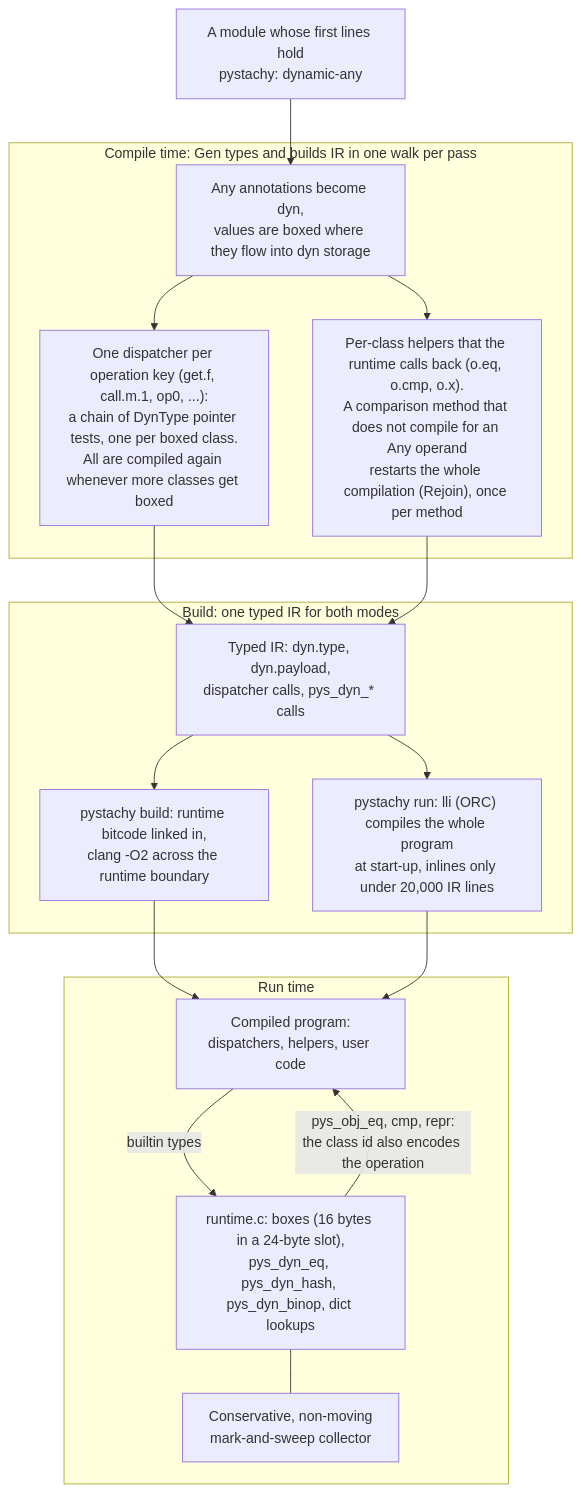
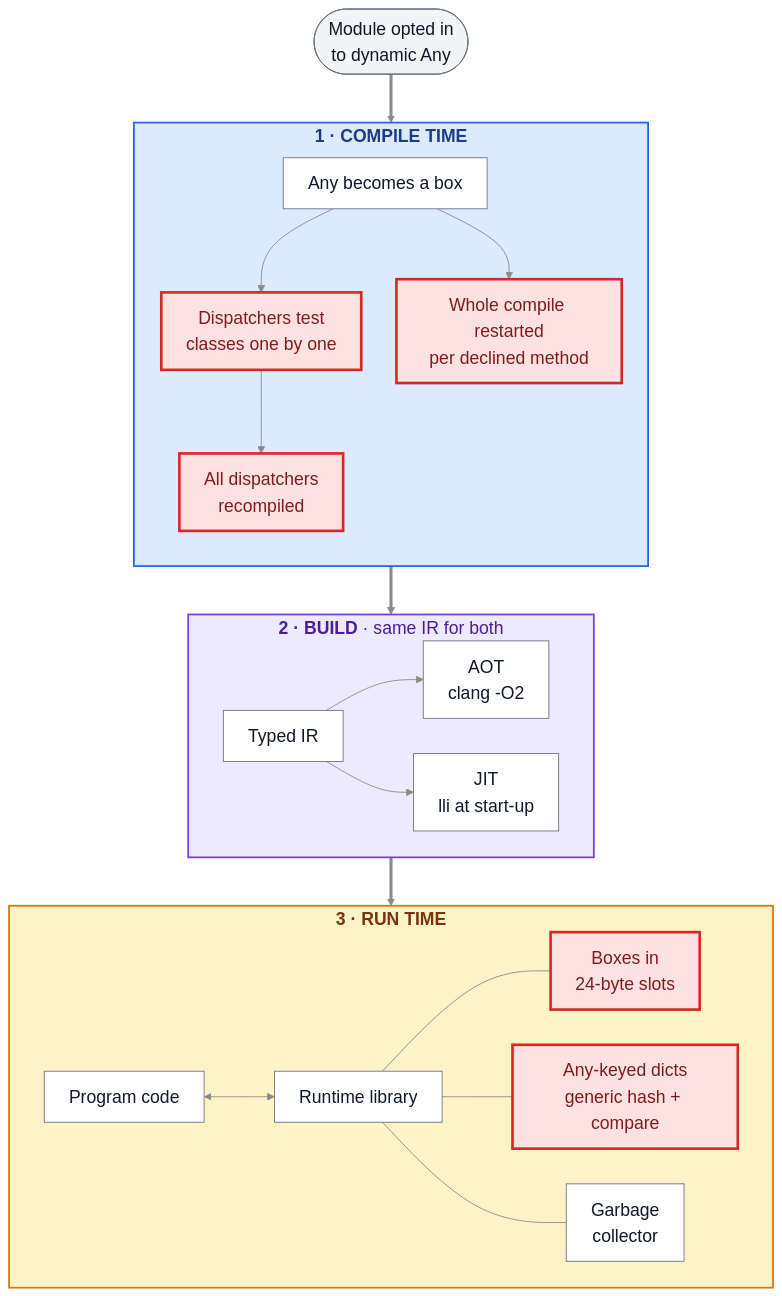
One commit to den-run-ai/pystachy changed the first of 4 diagrams in research/dynamic-any-roadmap/README.md. Above: the diagram before and after it, drawn with Mermaid. The commit also changed other lines of this file, not shown here.

First line of the commit message:
Dynamic Any roadmap: redraw the diagrams with short labels, colored regions and dispatch levels

````diff
--- a/research/dynamic-any-roadmap/README.md
+++ b/research/dynamic-any-roadmap/README.md
@@ -81,31 +88,51 @@
 ```mermaid
-flowchart TD
-    src["A module whose first lines hold<br/>pystachy: dynamic-any"]
-    subgraph ct["Compile time: Gen types and builds IR in one walk per pass"]
-        typing["Any annotations become dyn,<br/>values are boxed where they flow into dyn storage"]
-        disp["One dispatcher per operation key (get.f, call.m.1, op0, ...):<br/>a chain of DynType pointer tests, one per boxed class.<br/>All are compiled again whenever more classes get boxed"]
-        helpers["Per-class helpers that the runtime calls back (o.eq, o.cmp, o.x).<br/>A comparison method that does not compile for an Any operand<br/>restarts the whole compilation (Rejoin), once per method"]
-        typing --> disp
-        typing --> helpers
+%%{init: {"theme": "base", "themeVariables": {"fontSize": "20px", "lineColor": "#8a8a8a", "edgeLabelBackground": "#ffffff", "textColor": "#1f2937"}, "flowchart": {"nodeSpacing": 40, "rankSpacing": 55, "padding": 14}}}%%
+flowchart TB
+    src(["Module opted in<br/>to dynamic Any"])
+
+    subgraph L1["<b>1 · COMPILE TIME</b>"]
+        direction TB
+        t1["Any becomes a box"]
+        t2["Dispatchers test<br/>classes one by one"]
+        t3["All dispatchers<br/>recompiled"]
+        t4["Whole compile restarted<br/>per declined method"]
+        t1 --> t2 --> t3
+        t1 --> t4
     end
-    subgraph build["Build: one typed IR for both modes"]
-        ir["Typed IR: dyn.type, dyn.payload,<br/>dispatcher calls, pys_dyn_* calls"]
-        aot["pystachy build: runtime bitcode linked in,<br/>clang -O2 across the runtime boundary"]
-        jit["pystachy run: lli (ORC) compiles the whole program<br/>at start-up, inlines only under 20,000 IR lines"]
-        ir --> aot
-        ir --> jit
+
+    subgraph L2["<b>2 · BUILD</b> · same IR for both"]
+        direction LR
+        b1["Typed IR"]
+        b2["AOT<br/>clang -O2"]
+        b3["JIT<br/>lli at start-up"]
+        b1 --> b2
+        b1 --> b3
     end
-    subgraph run["Run time"]
-        code["Compiled program:<br/>dispatchers, helpers, user code"]
-        lib["runtime.c: boxes (16 bytes in a 24-byte slot),<br/>pys_dyn_eq, pys_dyn_hash, pys_dyn_binop, dict lookups"]
-        gc["Conservative, non-moving<br/>mark-and-sweep collector"]
-        code -->|"builtin types"| lib
-        lib -->|"pys_obj_eq, cmp, repr:<br/>the class id also encodes the operation"| code
-        lib --- gc
+
+    subgraph L3["<b>3 · RUN TIME</b>"]
+        direction LR
+        r1["Program code"]
+        r2["Runtime library"]
+        r3["Boxes in<br/>24-byte slots"]
+        r5["Any-keyed dicts<br/>generic hash + compare"]
+        r4["Garbage<br/>collector"]
+        r1 <--> r2
+        r2 --- r3
+        r2 --- r5
+        r2 --- r4
     end
-    src --> typing
-    disp --> ir
-    helpers --> ir
-    aot --> code
-    jit --> code
+
+    src ==> L1
+    L1 ==> L2
+    L2 ==> L3
+
+    classDef base fill:#ffffff,stroke:#6b7280,stroke-width:1px,color:#111827
+    classDef bad fill:#fee2e2,stroke:#dc2626,stroke-width:3px,color:#7f1d1d
+    classDef input fill:#f3f4f6,stroke:#6b7280,stroke-width:1px,color:#111827
+    class t1,b1,b2,b3,r1,r2,r4 base
+    class t2,t3,t4,r3,r5 bad
+    class src input
+    style L1 fill:#dbeafe,stroke:#2563eb,stroke-width:2px,color:#1e3a8a
+    style L2 fill:#ede9fe,stroke:#7c3aed,stroke-width:2px,color:#4c1d95
+    style L3 fill:#fef3c7,stroke:#d97706,stroke-width:2px,color:#78350f
 ```
````
